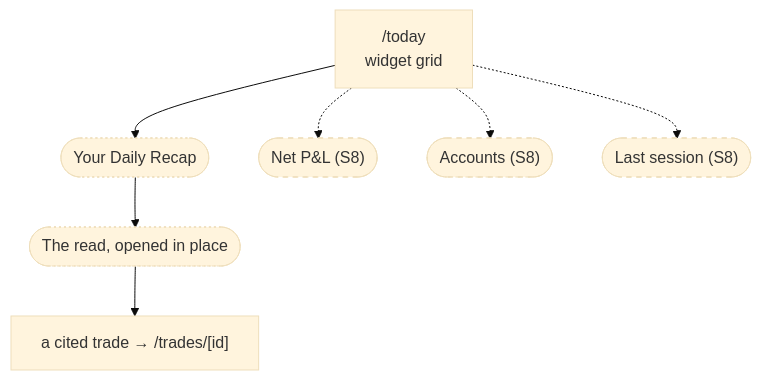
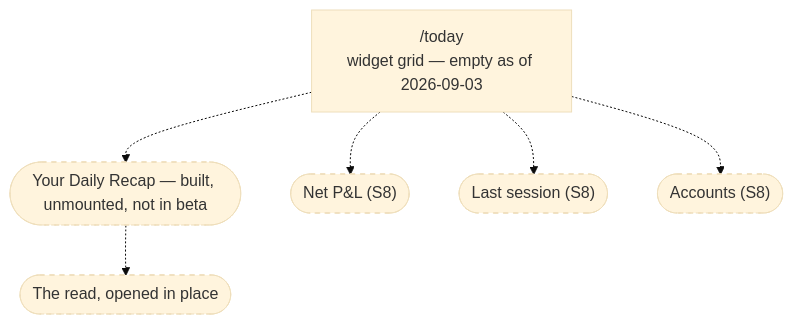
Before and after one commit to modryn-studio/run-rebuild: diagram 12 of 15 in docs/user-guide.md, drawn with Mermaid (base theme). The commit also changed other lines of this file and 34 other files, not shown here.

First line of the commit message:
Today gets its first card, and the reference's own chart in a second wrapper

````diff
--- a/docs/user-guide.md
+++ b/docs/user-guide.md
@@ -443,16 +443,15 @@
 ```mermaid
 flowchart TD
-  Today["/today<br/>widget grid"]
-  Today --> Recap(["Your Daily Recap"])
-  Recap --> Read(["The read, opened in place"])
-  Read --> Trade["a cited trade → /trades/[id]"]
+  Today["/today<br/>widget grid — empty as of 2026-09-03"]
+  Today -.-> Recap(["Your Daily Recap — built, unmounted, not in beta"])
+  Recap -.-> Read(["The read, opened in place"])
   Today -.-> NetPnl(["Net P&L (S8)"])
+  Today -.-> Last(["Last session (S8)"])
   Today -.-> Accts(["Accounts (S8)"])
-  Today -.-> Last(["Last session (S8)"])
 
-  style Recap stroke-dasharray: 2 3
-  style Read stroke-dasharray: 2 3
+  style Recap stroke-dasharray: 5 5
+  style Read stroke-dasharray: 5 5
   style NetPnl stroke-dasharray: 5 5
   style Accts stroke-dasharray: 5 5
   style Last stroke-dasharray: 5 5
 ```
````
